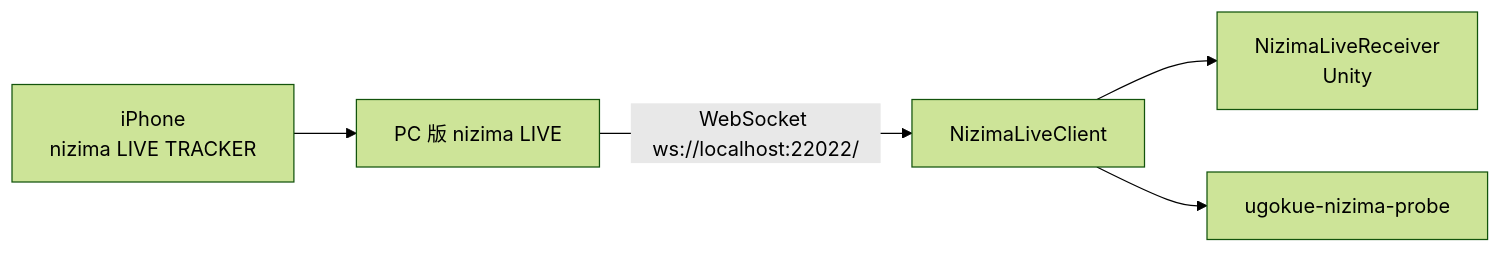
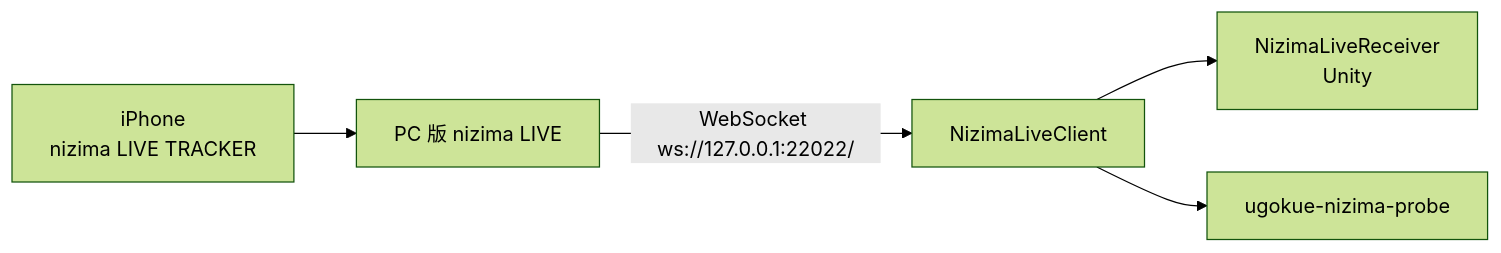
The first of 2 diagrams in docs/spec/nizima-live.md (kawawa1989/ugokue), drawn with Mermaid (forest theme) before and after one commit. The commit also changed other lines of this file and 5 other files, not shown here.

````diff
--- a/docs/spec/nizima-live.md
+++ b/docs/spec/nizima-live.md
@@ -13,7 +13,7 @@
 ```mermaid
 flowchart LR
     tracker[iPhone<br/>nizima LIVE TRACKER] --> nl[PC 版 nizima LIVE]
-    nl -- "WebSocket ws://localhost:22022/" --> client[NizimaLiveClient]
+    nl -- "WebSocket ws://127.0.0.1:22022/" --> client[NizimaLiveClient]
     client --> receiver[NizimaLiveReceiver<br/>Unity]
     client --> probe[ugokue-nizima-probe]
 ```
````
